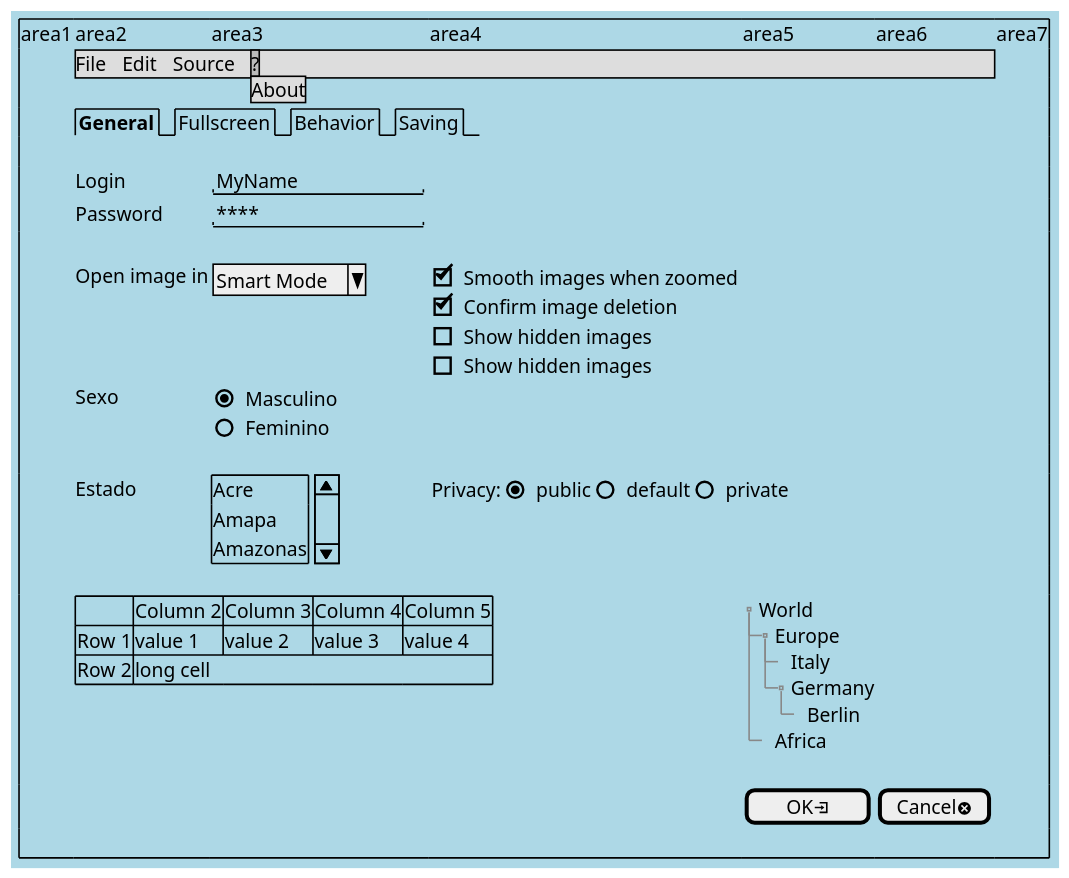
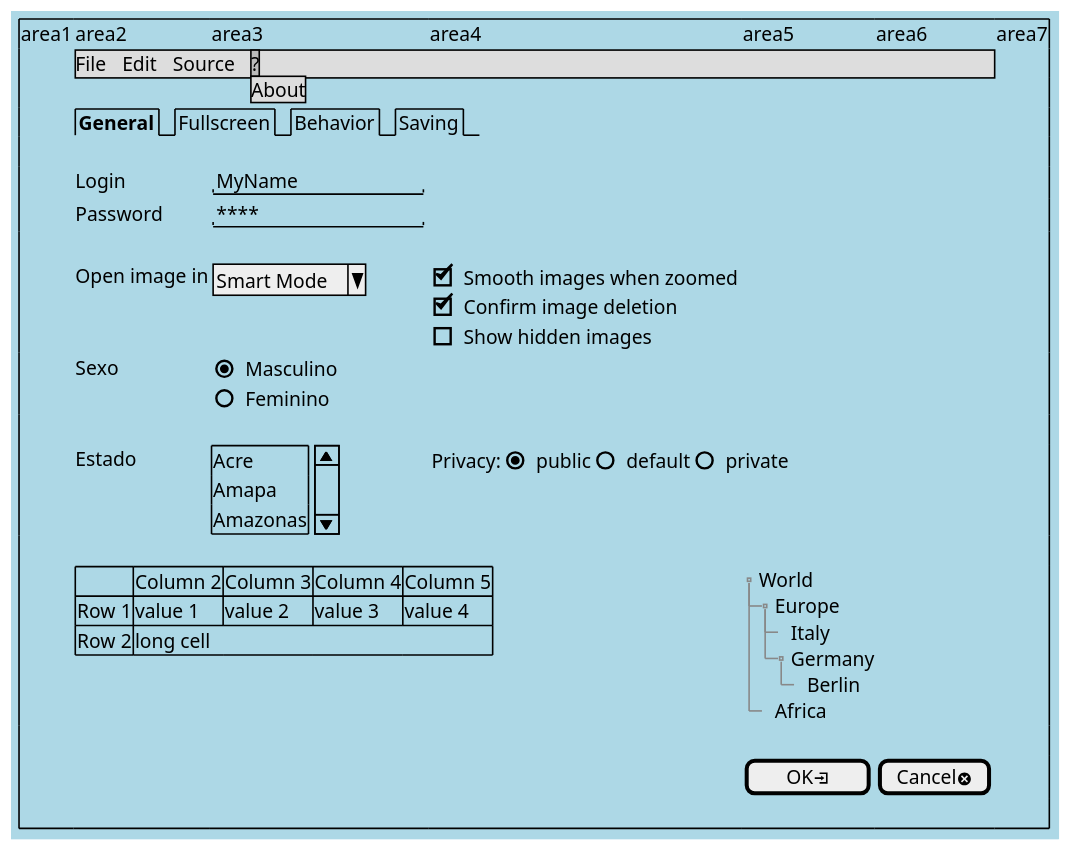
Before and after one commit to GiovaniPM/DMNTests: the diagram in PlantUML/mockup2.pu, drawn with PlantUML.

```diff
--- a/PlantUML/mockup2.pu
+++ b/PlantUML/mockup2.pu
@@ -1,46 +1,45 @@
 @startsalt
 skinparam BackgroundColor lightblue
 scale 1.5
 {+
     |area1|area2|area3|area4|area5|area6|area7
     |.|{* File | Edit | Source | ?
     '  File | New | Open File | - | Close | Close All | - | Exit
       ? | About}|*|*|*|*
     |.
     |.|{/ <b>General | Fullscreen | Behavior | Saving }|*|*|*|*
     |.
     |.|Login    |"MyName          "|.
     |.|Password |"****            "|.
     |.
     |.|Open image in|{| ^Smart Mode^ }{
                                         [X] Smooth images when zoomed
                                         [X] Confirm image deletion
-                                        [ ] Show hidden images
                                         [ ] Show hidden images
                                       }
     |.|Sexo|{(X) Masculino
              () Feminino}
     |.
     |.|Estado|{SI 
                 Acre
                 Amapa
                 Amazonas
               }|{Privacy: | (X) public | () default | () private} |*|*
     |.
     |.|{#
         .     | Column 2  | Column 3 | Column 4 | Column 5
         Row 1 | value 1   | value 2  | value 3  | value 4
         Row 2 | long cell | *        | *        | *
        }|*|*|{T
               + World
               ++ Europe
               +++ Italy
               +++ Germany
               ++++ Berlin
               ++ Africa
              }|*
     |.
     |.|.|.|.|[  OK<&account-login>   ]|[Cancel<&circle-x>]
     |.
 }
 @endsalt
```
